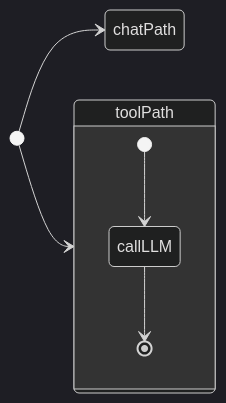
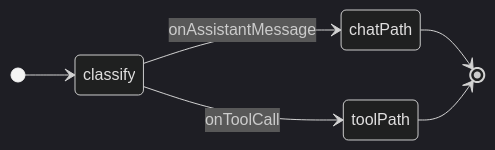
One commit to Tianea2160/secretary changed the third of 3 diagrams in docs/koog-strategy-graph.md. Above: the diagram before and after it, drawn with Mermaid (dark theme). The commit also changed other lines of this file and 2 other files, not shown here.

First line of the commit message:
docs: sync Koog graph cheatsheet and project guidance with current code

````diff
--- a/docs/koog-strategy-graph.md
+++ b/docs/koog-strategy-graph.md
@@ -250,10 +207,9 @@
 ```mermaid
 stateDiagram-v2
     direction LR
-    [*] --> chatPath
-    [*] --> toolPath
-    state toolPath {
-        [*] --> callLLM
-        callLLM --> [*]
-    }
+    [*] --> classify
+    classify --> toolPath : onToolCall
+    classify --> chatPath : onAssistantMessage
+    chatPath --> [*]
+    toolPath --> [*]
 ```
````
